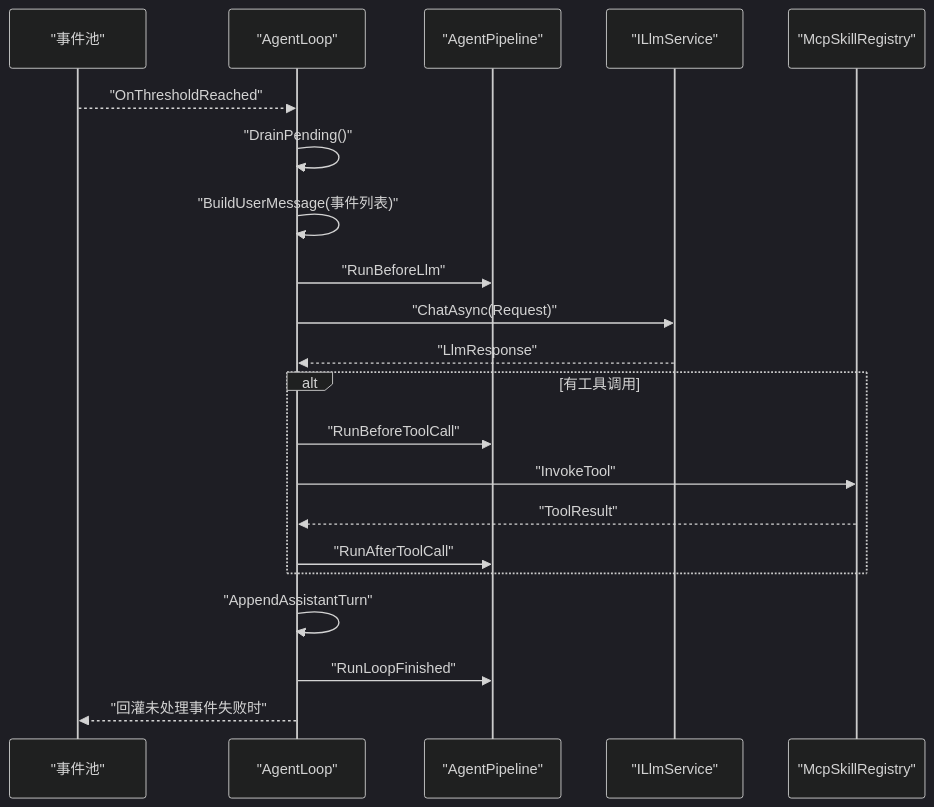
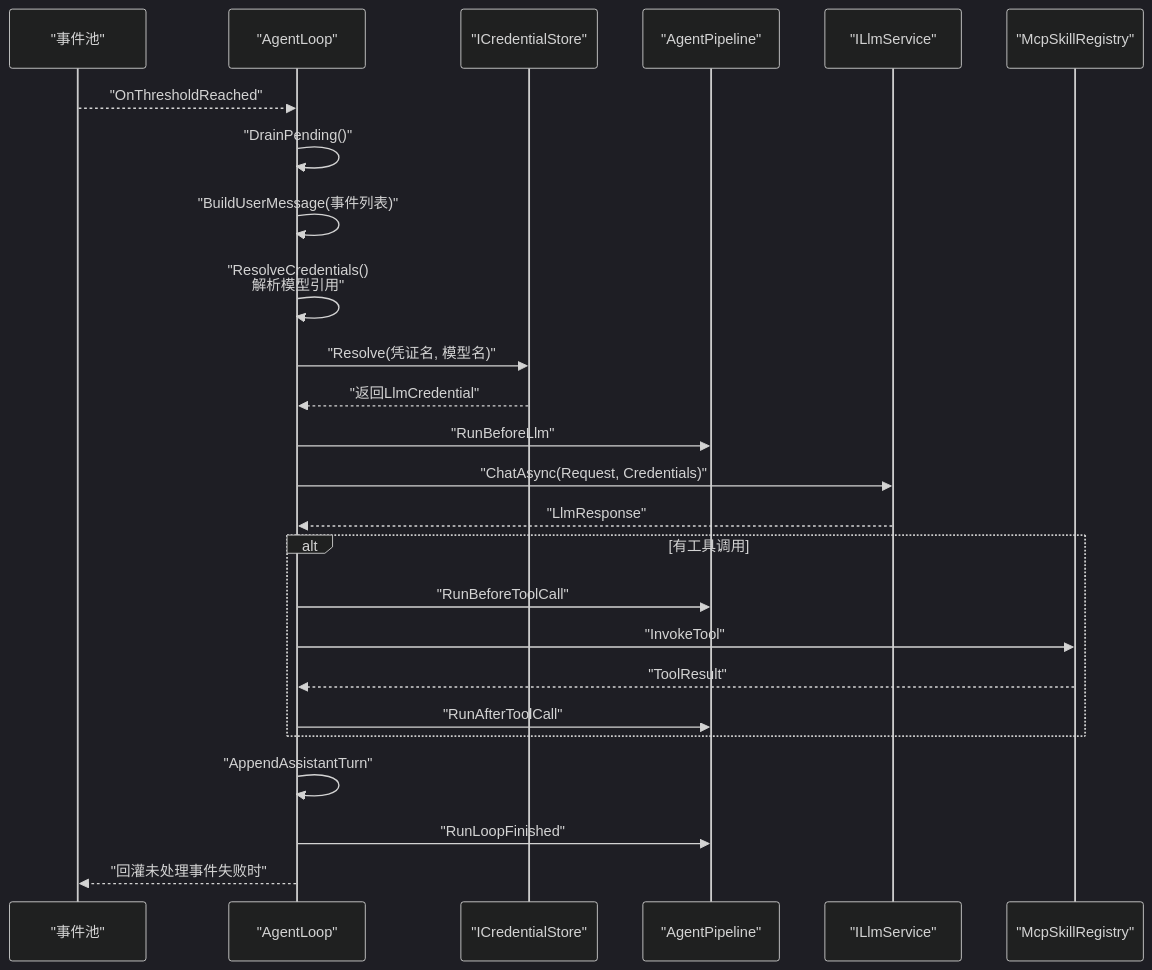
Before and after one commit to suzvka/NPCLife: the fourth of 6 diagrams in .qoder/repowiki/zh/content/多智能体系统/智能体协作机制.md, drawn with Mermaid (dark theme). The commit also changed other lines of this file and 11 other files, not shown here.

````diff
--- a/.qoder/repowiki/zh/content/多智能体系统/智能体协作机制.md
+++ b/.qoder/repowiki/zh/content/多智能体系统/智能体协作机制.md
@@ -198,23 +245,27 @@
 ```mermaid
 sequenceDiagram
 participant Pool as "事件池"
 participant Agent as "AgentLoop"
+participant CredStore as "ICredentialStore"
 participant Pipe as "AgentPipeline"
 participant LLM as "ILlmService"
 participant Tools as "McpSkillRegistry"
 Pool-->>Agent : "OnThresholdReached"
 Agent->>Agent : "DrainPending()"
 Agent->>Agent : "BuildUserMessage(事件列表)"
+Agent->>Agent : "ResolveCredentials()<br/>解析模型引用"
+Agent->>CredStore : "Resolve(凭证名, 模型名)"
+CredStore-->>Agent : "返回LlmCredential"
 Agent->>Pipe : "RunBeforeLlm"
-Agent->>LLM : "ChatAsync(Request)"
+Agent->>LLM : "ChatAsync(Request, Credentials)"
 LLM-->>Agent : "LlmResponse"
 alt 有工具调用
 Agent->>Pipe : "RunBeforeToolCall"
 Agent->>Tools : "InvokeTool"
 Tools-->>Agent : "ToolResult"
 Agent->>Pipe : "RunAfterToolCall"
 end
 Agent->>Agent : "AppendAssistantTurn"
 Agent->>Pipe : "RunLoopFinished"
 Agent-->>Pool : "回灌未处理事件失败时"
 ```
````
